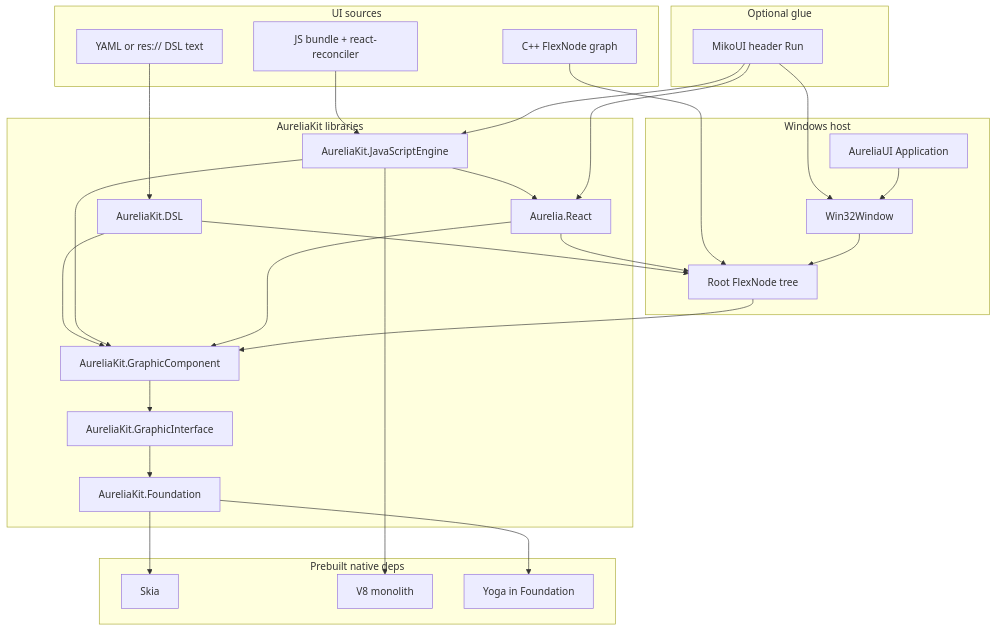
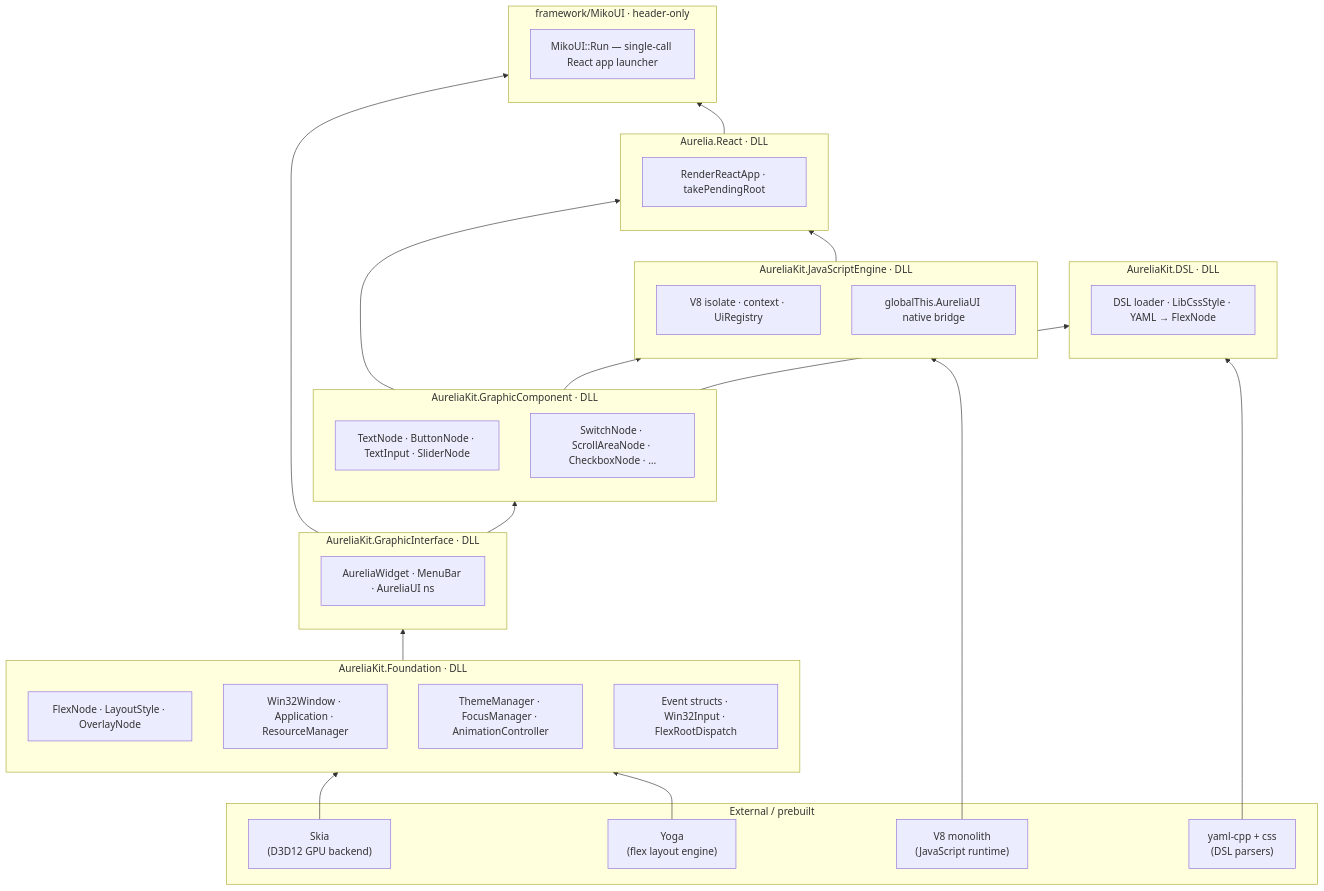
The first of 4 diagrams in README.md (arizkami/MochiUI), drawn with Mermaid before and after one commit. The commit also changed other lines of this file, not shown here.

````diff
--- a/README.md
+++ b/README.md
@@ -13,55 +13,56 @@
 ```mermaid
-flowchart TB
-  subgraph uiSources [UI sources]
-    cpp[C++ FlexNode graph]
-    dsl[YAML or res:// DSL text]
-    jsb[JS bundle + react-reconciler]
+flowchart BT
+  subgraph ext [External / prebuilt]
+    skia["Skia\n(D3D12 GPU backend)"]
+    yoga["Yoga\n(flex layout engine)"]
+    v8["V8 monolith\n(JavaScript runtime)"]
+    yaml["yaml-cpp + css\n(DSL parsers)"]
   end
 
-  subgraph kitDlls [AureliaKit libraries]
-    dslLib[AureliaKit.DSL]
-    jsEng[AureliaKit.JavaScriptEngine]
-    reactLib[Aurelia.React]
-    gComp[AureliaKit.GraphicComponent]
-    gInt[AureliaKit.GraphicInterface]
-    found[AureliaKit.Foundation]
+  subgraph core [AureliaKit.Foundation  ·  DLL]
+    direction TB
+    foundA["FlexNode · LayoutStyle · OverlayNode"]
+    foundB["Win32Window · Application · ResourceManager"]
+    foundC["ThemeManager · FocusManager · AnimationController"]
+    foundD["Event structs · Win32Input · FlexRootDispatch"]
   end
 
-  subgraph optional [Optional glue]
-    miko[MikoUI header Run]
+  subgraph gi [AureliaKit.GraphicInterface  ·  DLL]
+    giA["AureliaWidget · MenuBar · AureliaUI ns"]
   end
 
-  subgraph prebuilts [Prebuilt native deps]
-    skia[Skia]
-    v8[V8 monolith]
-    yoga[Yoga in Foundation]
+  subgraph gc [AureliaKit.GraphicComponent  ·  DLL]
+    gcA["TextNode · ButtonNode · TextInput · SliderNode"]
+    gcB["SwitchNode · ScrollAreaNode · CheckboxNode · …"]
   end
 
-  subgraph winHost [Windows host]
-    app[AureliaUI Application]
-    win[Win32Window]
-    root[Root FlexNode tree]
+  subgraph dsl [AureliaKit.DSL  ·  DLL]
+    dslA["DSL loader · LibCssStyle · YAML → FlexNode"]
   end
 
-  dsl --> dslLib
-  dslLib --> root
-  cpp --> root
-  jsb --> jsEng
-  jsEng --> reactLib
-  reactLib --> root
-  miko --> jsEng
-  miko --> reactLib
-  miko --> win
+  subgraph jse [AureliaKit.JavaScriptEngine  ·  DLL]
+    jseA["V8 isolate · context · UiRegistry"]
+    jseB["globalThis.AureliaUI native bridge"]
+  end
 
-  jsEng --> v8
-  gComp --> gInt
-  gInt --> found
-  dslLib --> gComp
-  jsEng --> gComp
-  reactLib --> gComp
-  root --> gComp
-  app --> win
-  win --> root
-  found --> yoga
-  found --> skia
+  subgraph react [Aurelia.React  ·  DLL]
+    reactA["RenderReactApp · takePendingRoot"]
+  end
+
+  subgraph fw [framework/MikoUI  ·  header-only]
+    mikoA["MikoUI::Run — single-call React app launcher"]
+  end
+
+  skia  --> core
+  yoga  --> core
+  core  --> gi
+  gi    --> gc
+  gc    --> dsl
+  gc    --> jse
+  v8    --> jse
+  yaml  --> dsl
+  jse   --> react
+  gc    --> react
+  react --> fw
+  gi    --> fw
 ```
````
